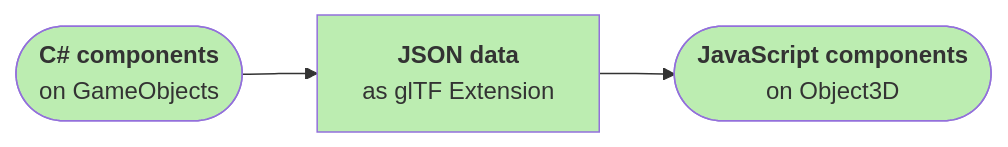
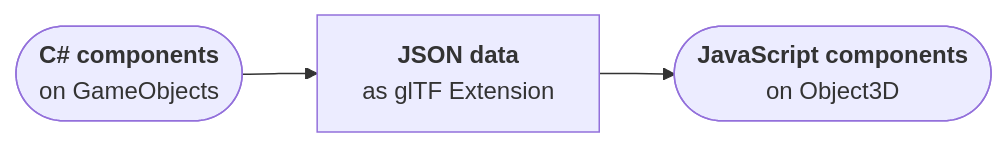
Before and after one commit to needle-tools/needle-engine-support: the diagram in documentation/scripting.md, drawn with Mermaid.

````diff
--- a/documentation/scripting.md
+++ b/documentation/scripting.md
@@ -6,6 +6,5 @@
 ```mermaid
 flowchart LR
-  classDef bg fill:#BCEDB1;
   Editor([<b>C# components</b><br/>on GameObjects]) --> gltf[<b>JSON data</b><br/>as glTF Extension] --> Runtime([<b>JavaScript components</b><br/>on Object3D])
   class Editor,gltf,Runtime bg;
 ```
````
